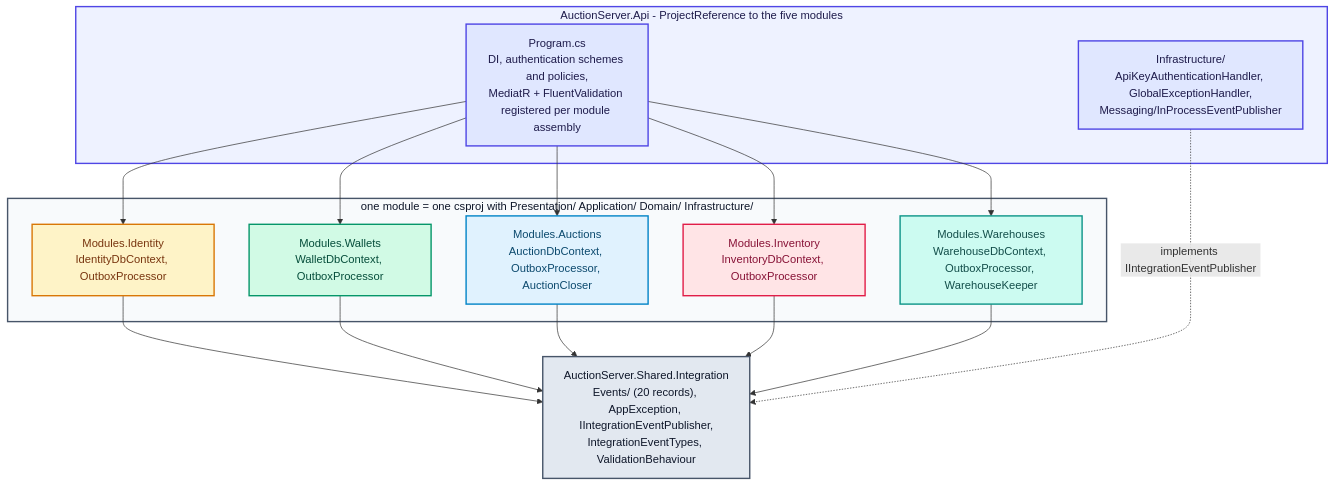
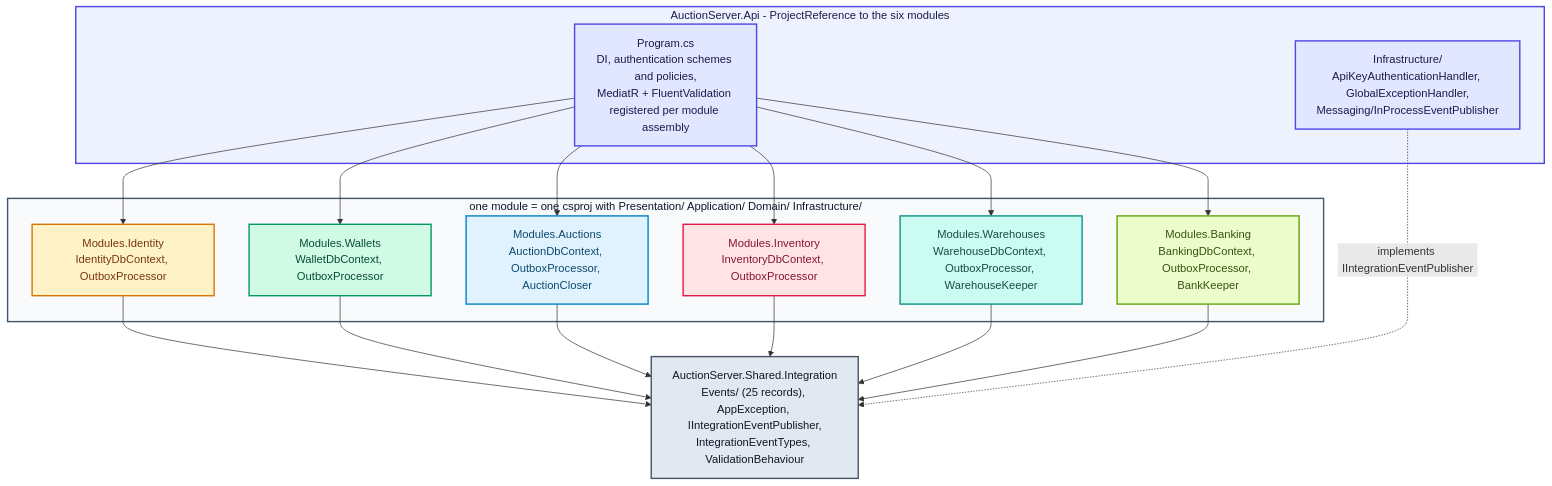
The diagram in docs/diagrams/src/architecture-02-module-layering.mmd (Zambrzyckii/Auction), drawn with Mermaid before and after one commit. The commit also changed 35 other files, not shown here.

```diff
--- a/docs/diagrams/src/architecture-02-module-layering.mmd
+++ b/docs/diagrams/src/architecture-02-module-layering.mmd
@@ -1,34 +1,36 @@
 flowchart TB
 
-    subgraph Host ["AuctionServer.Api - ProjectReference to the five modules"]
+    subgraph Host ["AuctionServer.Api - ProjectReference to the six modules"]
         Program["Program.cs<br/>DI, authentication schemes and policies,<br/>MediatR + FluentValidation registered per module assembly"]:::host
         ApiInfra["Infrastructure/<br/>ApiKeyAuthenticationHandler, GlobalExceptionHandler,<br/>Messaging/InProcessEventPublisher"]:::host
     end
 
     subgraph Modules ["one module = one csproj with Presentation/ Application/ Domain/ Infrastructure/"]
         Identity["Modules.Identity<br/>IdentityDbContext, OutboxProcessor"]:::identity
         Wallets["Modules.Wallets<br/>WalletDbContext, OutboxProcessor"]:::wallets
         Auctions["Modules.Auctions<br/>AuctionDbContext, OutboxProcessor, AuctionCloser"]:::auctions
         Inventory["Modules.Inventory<br/>InventoryDbContext, OutboxProcessor"]:::inventory
         Warehouses["Modules.Warehouses<br/>WarehouseDbContext, OutboxProcessor, WarehouseKeeper"]:::warehouses
+        Banking["Modules.Banking<br/>BankingDbContext, OutboxProcessor, BankKeeper"]:::banking
     end
 
-    Shared["AuctionServer.Shared.Integration<br/>Events/ (20 records), AppException, IIntegrationEventPublisher,<br/>IntegrationEventTypes, ValidationBehaviour"]:::shared
+    Shared["AuctionServer.Shared.Integration<br/>Events/ (25 records), AppException, IIntegrationEventPublisher,<br/>IntegrationEventTypes, ValidationBehaviour"]:::shared
 
-    Program --> Identity & Wallets & Auctions & Inventory & Warehouses
-    Identity & Wallets & Auctions & Inventory & Warehouses --> Shared
+    Program --> Identity & Wallets & Auctions & Inventory & Warehouses & Banking
+    Identity & Wallets & Auctions & Inventory & Warehouses & Banking --> Shared
     ApiInfra -.->|"implements IIntegrationEventPublisher"| Shared
 
     style Host fill:#EEF2FF,stroke:#4F46E5,stroke-width:2px,color:#1E1B4B
     style Modules fill:#F8FAFC,stroke:#475569,stroke-width:2px,color:#0F172A
 
     classDef client    fill:#FFEDD5,stroke:#EA580C,stroke-width:2px,color:#7C2D12
     classDef host      fill:#E0E7FF,stroke:#4F46E5,stroke-width:2px,color:#1E1B4B
     classDef identity  fill:#FEF3C7,stroke:#D97706,stroke-width:2px,color:#78350F
     classDef wallets   fill:#D1FAE5,stroke:#059669,stroke-width:2px,color:#064E3B
     classDef auctions  fill:#E0F2FE,stroke:#0284C7,stroke-width:2px,color:#0C4A6E
     classDef inventory fill:#FFE4E6,stroke:#E11D48,stroke-width:2px,color:#881337
     classDef warehouses fill:#CCFBF1,stroke:#0D9488,stroke-width:2px,color:#134E4A
+    classDef banking   fill:#ECFCCB,stroke:#65A30D,stroke-width:2px,color:#365314
     classDef shared    fill:#E2E8F0,stroke:#475569,stroke-width:2px,color:#0F172A
     classDef planned   fill:#F4F4F5,stroke:#71717A,stroke-width:2px,stroke-dasharray:6 4,color:#27272A
     classDef db        fill:#F3E8FF,stroke:#9333EA,stroke-width:2px,color:#581C87
```
